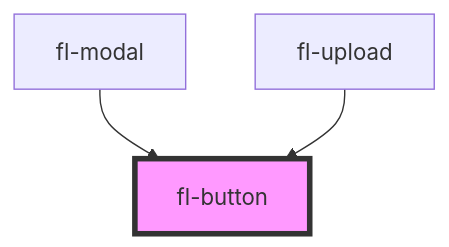
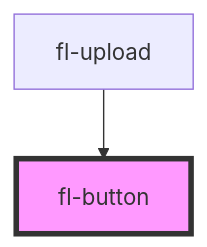
Before and after one commit to HackGT/fluo: the diagram in packages/core/src/components/button/readme.md, drawn with Mermaid. The commit also changed other lines of this file and 4 other files, not shown here.

````diff
--- a/packages/core/src/components/button/readme.md
+++ b/packages/core/src/components/button/readme.md
@@ -67,6 +66,5 @@
 ```mermaid
 graph TD;
-  fl-modal --> fl-button
   fl-upload --> fl-button
   style fl-button fill:#f9f,stroke:#333,stroke-width:4px
 ```
````
